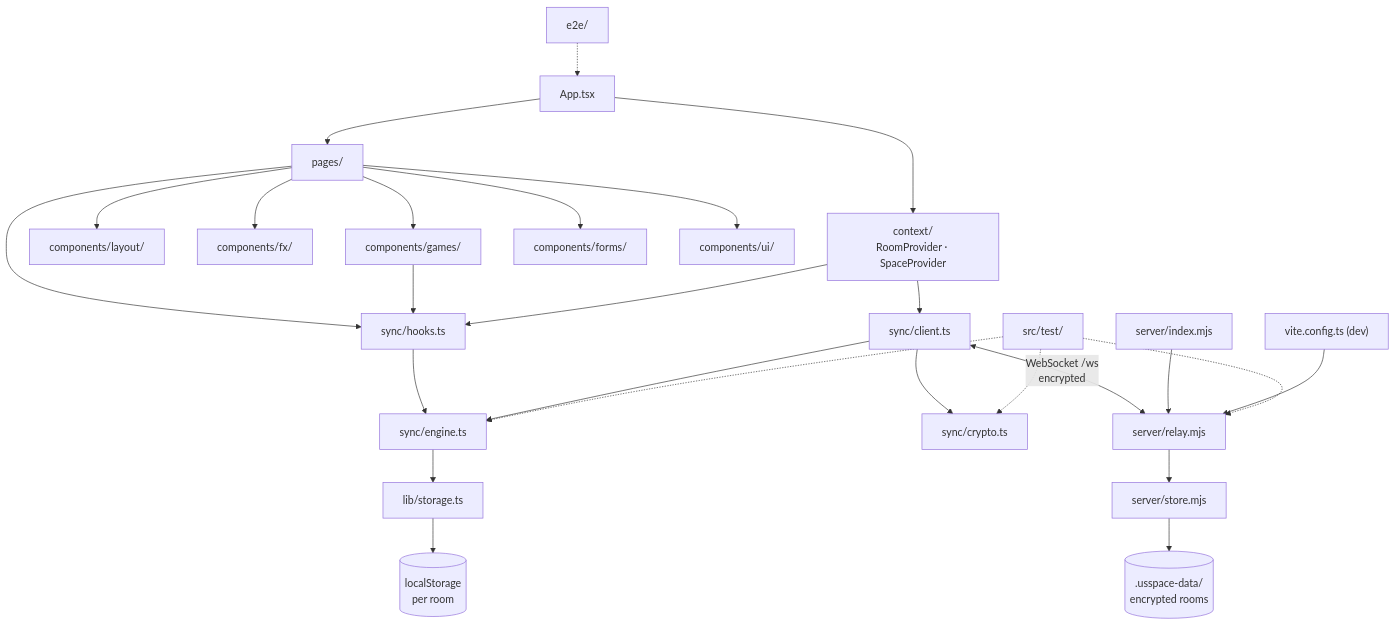
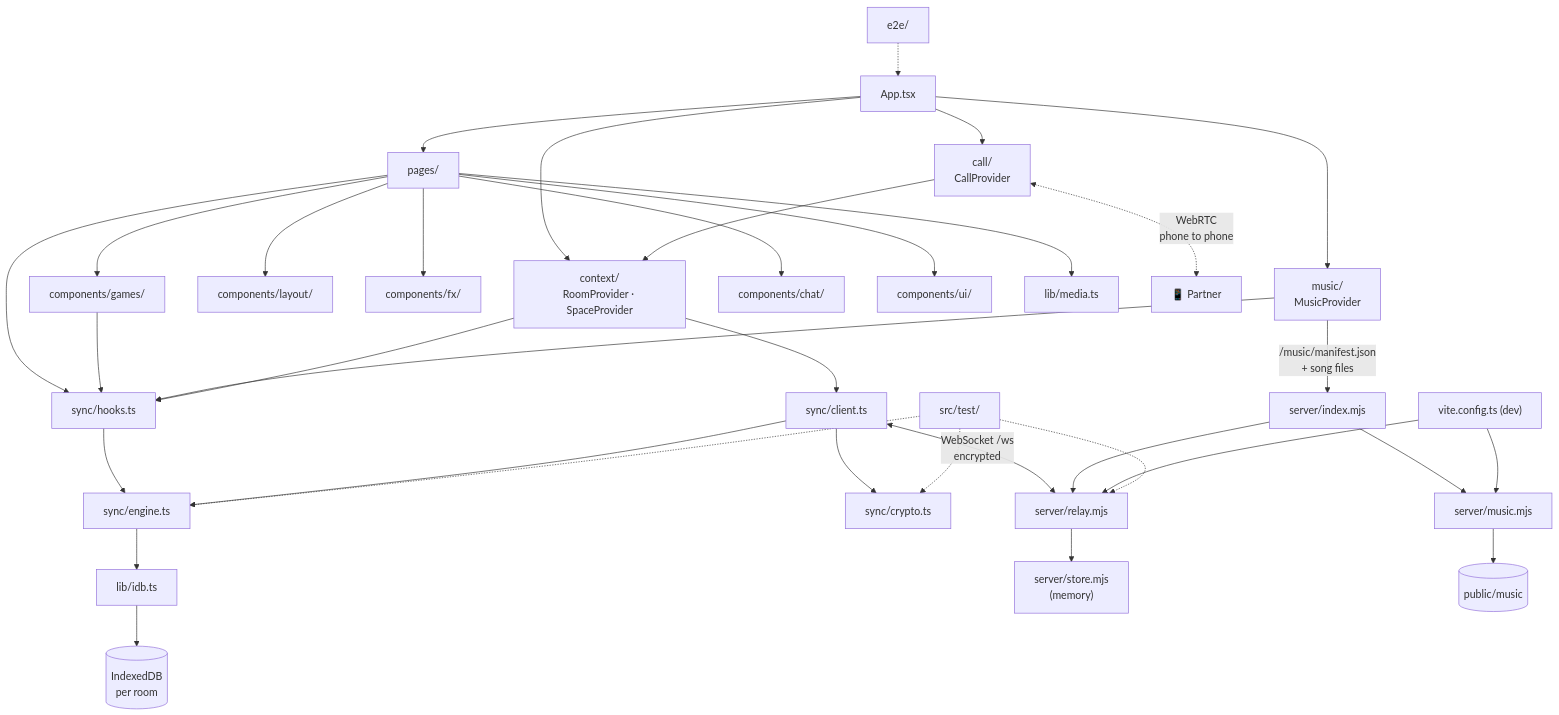
Before and after one commit to silent-coder-dev/private-space: the second of 2 diagrams in front-end/doc/05-directory-map.md, drawn with Mermaid. The commit also changed other lines of this file and 144 other files, not shown here.

````diff
--- a/front-end/doc/05-directory-map.md
+++ b/front-end/doc/05-directory-map.md
@@ -220,28 +244,37 @@
 ```mermaid
 flowchart TD
     App["App.tsx"] --> Context["context/<br/>RoomProvider · SpaceProvider"]
+    App --> Call["call/<br/>CallProvider"]
+    App --> Music["music/<br/>MusicProvider"]
     App --> Pages["pages/"]
     Pages --> Layout["components/layout/"]
     Pages --> FX["components/fx/"]
     Pages --> Games["components/games/"]
-    Pages --> Forms["components/forms/"]
+    Pages --> Cam["components/chat/"]
     Pages --> UI["components/ui/"]
+    Pages --> Media["lib/media.ts"]
     Pages --> Hooks["sync/hooks.ts"]
     Games --> Hooks
+    Music --> Hooks
+    Call --> Context
     Context --> Hooks
     Hooks --> Engine["sync/engine.ts"]
     Context --> Client["sync/client.ts"]
     Client --> Crypto["sync/crypto.ts"]
     Client --> Engine
-    Engine --> Storage["lib/storage.ts"]
-    Storage --> LS[("localStorage<br/>per room")]
+    Engine --> IDB["lib/idb.ts"]
+    IDB --> DB[("IndexedDB<br/>per room")]
     Client <-->|"WebSocket /ws<br/>encrypted"| Relay["server/relay.mjs"]
-    Relay --> Store["server/store.mjs"]
-    Store --> Disk[(".usspace-data/<br/>encrypted rooms")]
+    Relay --> Store["server/store.mjs<br/>(memory)"]
+    Music -->|"/music/manifest.json<br/>+ song files"| Prod
     Prod["server/index.mjs"] --> Relay
+    Prod --> MusicList["server/music.mjs"]
+    MusicList --> Songs[("public/music")]
     Vite["vite.config.ts (dev)"] --> Relay
+    Vite --> MusicList
+    Call <-.->|"WebRTC<br/>phone to phone"| Peer["📱 Partner"]
     Tests["src/test/"] -.-> Crypto
     Tests -.-> Engine
     Tests -.-> Relay
     E2E["e2e/"] -.-> App
 ```
````
